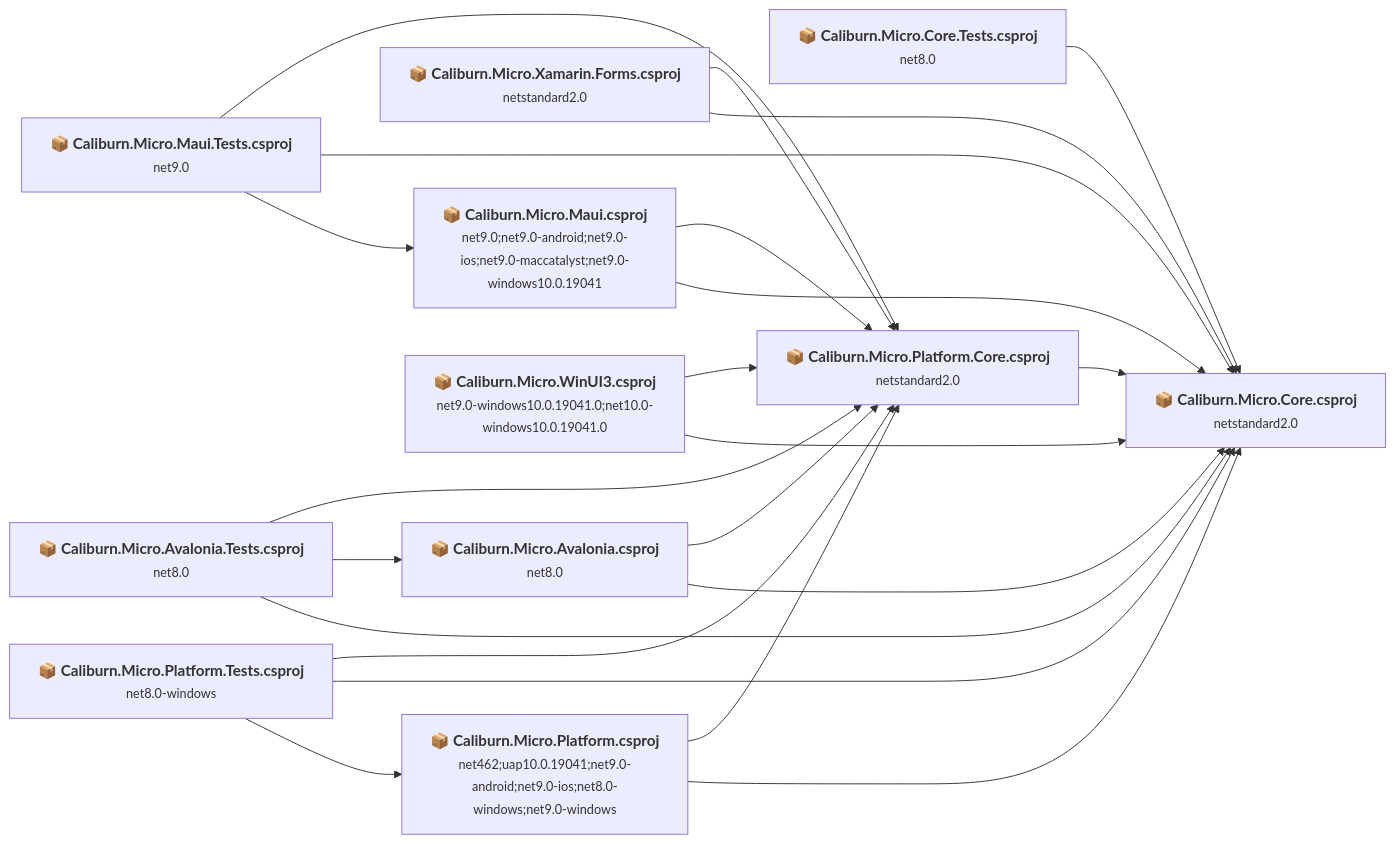
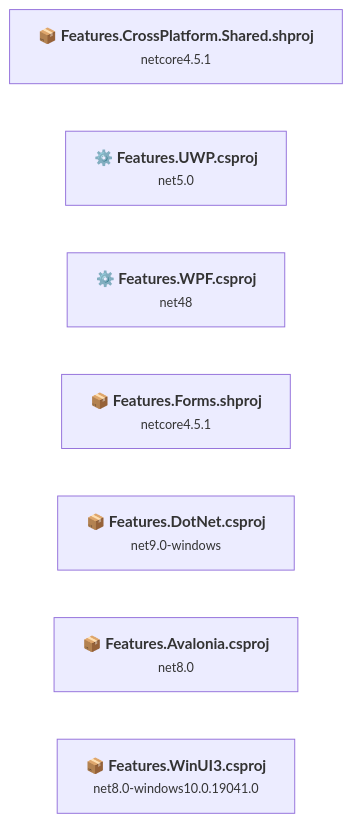
The first of 8 diagrams in .github/upgrades/scenarios/dotnet-version-upgrade/assessment.md (gerfen/Caliburn.Micro), drawn with Mermaid before and after one commit. The commit also changed other lines of this file and 16 other files, not shown here.

````diff
--- a/.github/upgrades/scenarios/dotnet-version-upgrade/assessment.md
+++ b/.github/upgrades/scenarios/dotnet-version-upgrade/assessment.md
@@ -181,47 +132,18 @@
 ```mermaid
 flowchart LR
-    P1["<b>📦&nbsp;Caliburn.Micro.Core.csproj</b><br/><small>netstandard2.0</small>"]
-    P2["<b>📦&nbsp;Caliburn.Micro.Platform.csproj</b><br/><small>net462;uap10.0.19041;net9.0-android;net9.0-ios;net8.0-windows;net9.0-windows</small>"]
-    P3["<b>📦&nbsp;Caliburn.Micro.Core.Tests.csproj</b><br/><small>net8.0</small>"]
-    P4["<b>📦&nbsp;Caliburn.Micro.Platform.Tests.csproj</b><br/><small>net8.0-windows</small>"]
-    P5["<b>📦&nbsp;Caliburn.Micro.Platform.Core.csproj</b><br/><small>netstandard2.0</small>"]
-    P6["<b>📦&nbsp;Caliburn.Micro.Xamarin.Forms.csproj</b><br/><small>netstandard2.0</small>"]
-    P7["<b>📦&nbsp;Caliburn.Micro.Maui.csproj</b><br/><small>net9.0;net9.0-android;net9.0-ios;net9.0-maccatalyst;net9.0-windows10.0.19041</small>"]
-    P8["<b>📦&nbsp;Caliburn.Micro.Avalonia.csproj</b><br/><small>net8.0</small>"]
-    P9["<b>📦&nbsp;Caliburn.Micro.Avalonia.Tests.csproj</b><br/><small>net8.0</small>"]
-    P10["<b>📦&nbsp;Caliburn.Micro.Maui.Tests.csproj</b><br/><small>net9.0</small>"]
-    P11["<b>📦&nbsp;Caliburn.Micro.WinUI3.csproj</b><br/><small>net9.0-windows10.0.19041.0;net10.0-windows10.0.19041.0</small>"]
-    P2 --> P1
-    P2 --> P5
-    P3 --> P1
-    P4 --> P2
-    P4 --> P1
-    P4 --> P5
-    P5 --> P1
-    P6 --> P1
-    P6 --> P5
-    P7 --> P1
-    P7 --> P5
-    P8 --> P1
-    P8 --> P5
-    P9 --> P1
-    P9 --> P8
-    P9 --> P5
-    P10 --> P7
-    P10 --> P1
-    P10 --> P5
-    P11 --> P1
-    P11 --> P5
-    click P1 "#caliburnmicrocorecaliburnmicrocorecsproj"
-    click P2 "#caliburnmicroplatformcaliburnmicroplatformcsproj"
-    click P3 "#caliburnmicrocoretestscaliburnmicrocoretestscsproj"
-    click P4 "#caliburnmicroplatformtestscaliburnmicroplatformtestscsproj"
-    click P5 "#caliburnmicroplatformcorecaliburnmicroplatformcorecsproj"
-    click P6 "#caliburnmicroxamarinformscaliburnmicroxamarinformscsproj"
-    click P7 "#caliburnmicromauicaliburnmicromauicsproj"
-    click P8 "#caliburnmicroavaloniacaliburnmicroavaloniacsproj"
-    click P9 "#caliburnmicroavaloniatestscaliburnmicroavaloniatestscsproj"
-    click P10 "#caliburnmicromauitestscaliburnmicromauitestscsproj"
-    click P11 "#caliburnmicrowinui3caliburnmicrowinui3csproj"
+    P1["<b>📦&nbsp;Features.CrossPlatform.Shared.shproj</b><br/><small>netcore4.5.1</small>"]
+    P2["<b>⚙️&nbsp;Features.UWP.csproj</b><br/><small>net5.0</small>"]
+    P3["<b>⚙️&nbsp;Features.WPF.csproj</b><br/><small>net48</small>"]
+    P4["<b>📦&nbsp;Features.Forms.shproj</b><br/><small>netcore4.5.1</small>"]
+    P5["<b>📦&nbsp;Features.DotNet.csproj</b><br/><small>net9.0-windows</small>"]
+    P6["<b>📦&nbsp;Features.Avalonia.csproj</b><br/><small>net8.0</small>"]
+    P7["<b>📦&nbsp;Features.WinUI3.csproj</b><br/><small>net8.0-windows10.0.19041.0</small>"]
+    click P1 "#featurescrossplatformsharedfeaturescrossplatformsharedshproj"
+    click P2 "#featuresuwpfeaturesuwpcsproj"
+    click P3 "#featureswpffeatureswpfcsproj"
+    click P4 "#featuresformsfeaturesformsfeaturesformsshproj"
+    click P5 "#featuresnetfivefeaturesdotnetcsproj"
+    click P6 "#featuresavaloniafeaturesavaloniacsproj"
+    click P7 "#featureswinui3featureswinui3csproj"
 
 ```
````
